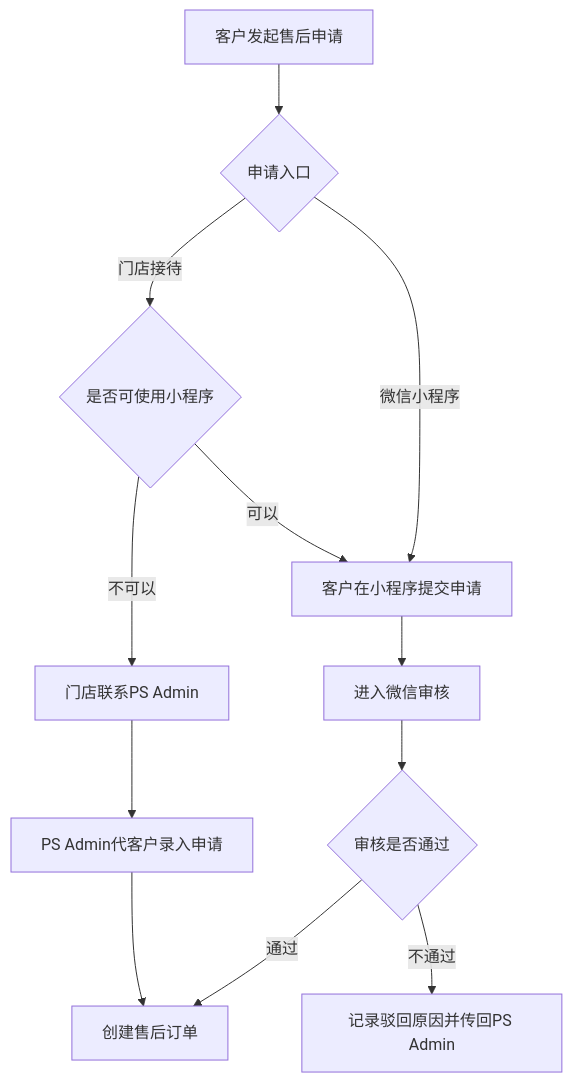
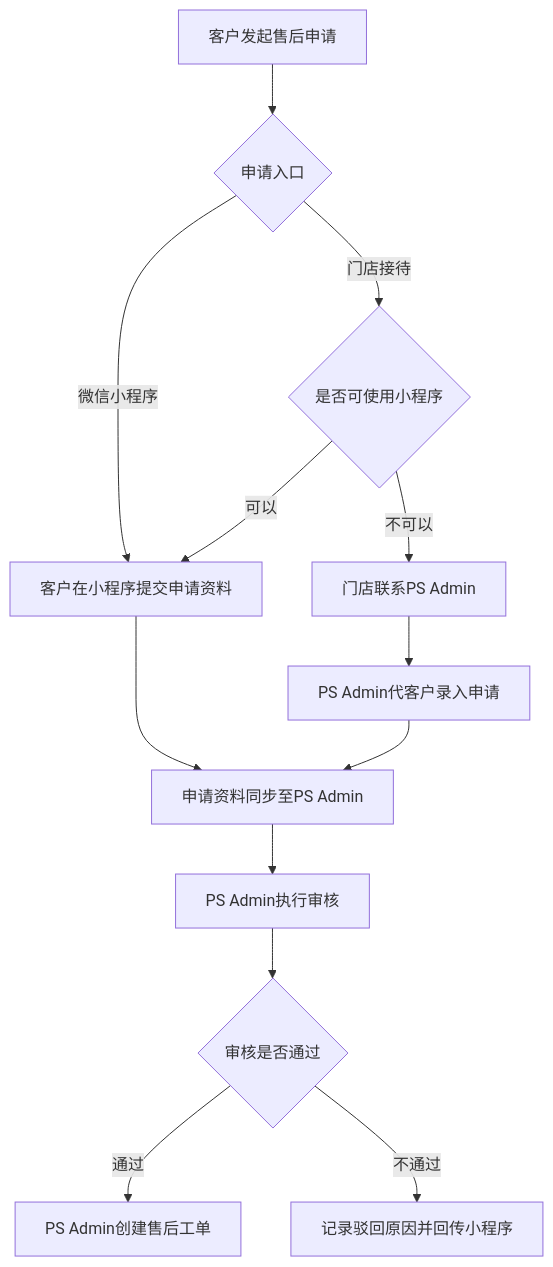
The second of 33 diagrams in 文档/GM系统需求说明.md (guguohai/gmps), drawn with Mermaid before and after one commit. The commit also changed other lines of this file and 8 other files, not shown here.

````diff
--- a/文档/GM系统需求说明.md
+++ b/文档/GM系统需求说明.md
@@ -177,20 +199,21 @@
 ```mermaid
 flowchart TD
 
 A[客户发起售后申请] --> B{申请入口}
 
-B -->|微信小程序| C[客户在小程序提交申请]
+B -->|微信小程序| C[客户在小程序提交申请资料]
 B -->|门店接待| D{是否可使用小程序}
 
 D -->|可以| C
 D -->|不可以| E[门店联系PS Admin]
 E --> F[PS Admin代客户录入申请]
 
-C --> G[进入微信审核]
-G --> H{审核是否通过}
+C --> G[申请资料同步至PS Admin]
+F --> G
 
-H -->|通过| I[创建售后订单]
-H -->|不通过| J[记录驳回原因并传回PS Admin]
+G --> H[PS Admin执行审核]
+H --> I{审核是否通过}
 
-F --> I
+I -->|通过| J[PS Admin创建售后工单]
+I -->|不通过| K[记录驳回原因并回传小程序]
 ```
````
